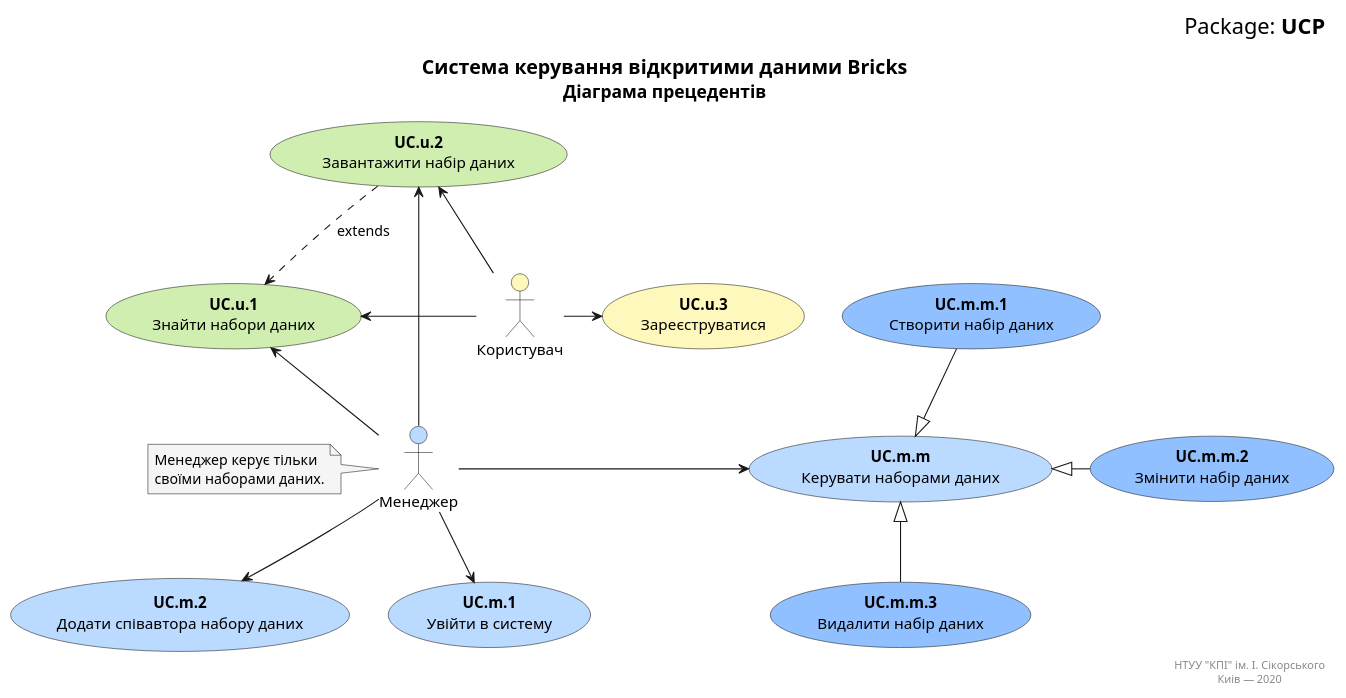
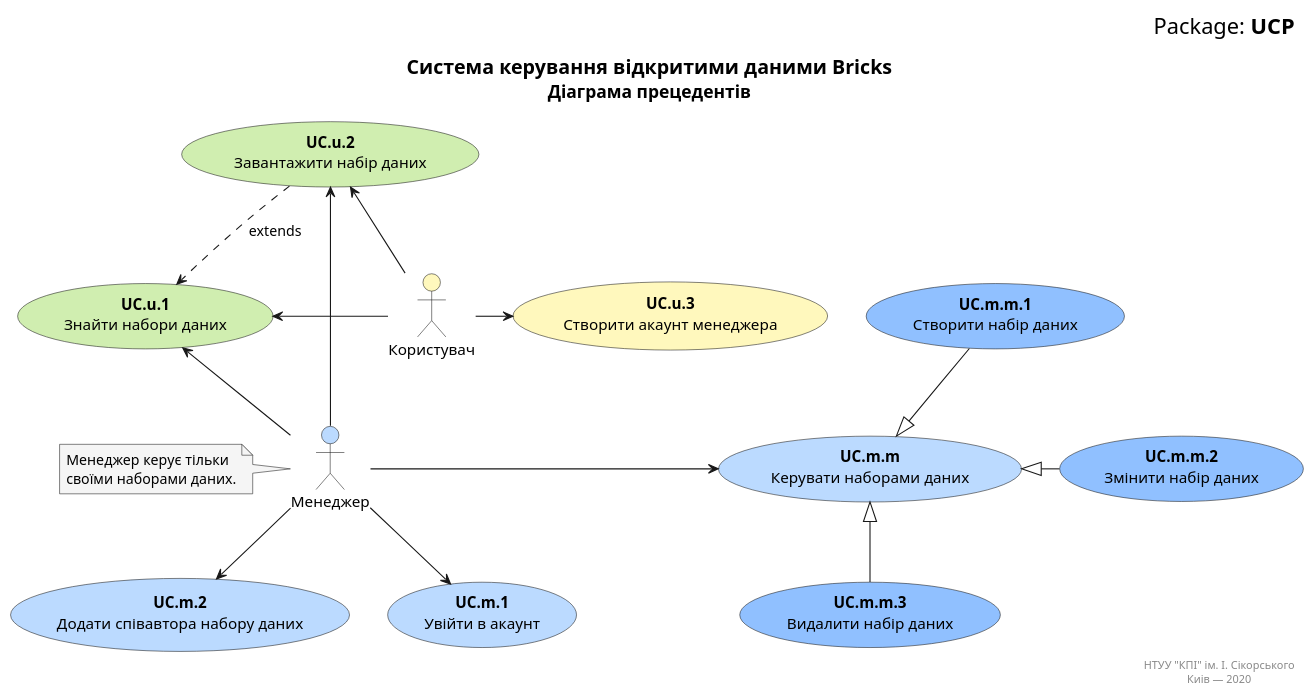
The diagram in docs/use cases/UCP.puml (hate-crew-member-41/Bricks), drawn with PlantUML before and after one commit.

```diff
--- a/docs/use cases/UCP.puml
+++ b/docs/use cases/UCP.puml
@@ -1,50 +1,50 @@
 @startuml
     right header
         <font size=20 color=black>Package: <b>UCP</b></font>
     end header
 
     title
         <font size=18>Система керування відкритими даними <b>Bricks</b></font>
         <font size=16>Діаграма прецедентів</font>
     end title
 
     actor "Користувач" as User #fff8bd
     actor "Менеджер" as Manager #bbdaff
     
     usecase "<b>UC.u.1</b>\nЗнайти набори даних" as UC.u.1 #d0eeb0
     usecase "<b>UC.u.2</b>\nЗавантажити набір даних" as UC.u.2 #d0eeb0
-    usecase "<b>UC.u.3</b>\nЗареєструватися" as UC.u.3 #fff8bd
+    usecase "<b>UC.u.3</b>\nСтворити акаунт менеджера" as UC.u.3 #fff8bd
 
-    usecase "<b>UC.m.1</b>\nУвійти в систему" as UC.m.1 #bbdaff
+    usecase "<b>UC.m.1</b>\nУвійти в акаунт" as UC.m.1 #bbdaff
     usecase "<b>UC.m.2</b>\nДодати співавтора набору даних" as UC.m.2 #bbdaff
     usecase "<b>UC.m.m</b>\nКерувати наборами даних" as UC.m.m #bbdaff
     usecase "<b>UC.m.m.1</b>\nСтворити набір даних" as UC.m.m.1 #90c0ff
     usecase "<b>UC.m.m.2</b>\nЗмінити набір даних" as UC.m.m.2 #90c0ff
     usecase "<b>UC.m.m.3</b>\nВидалити набір даних" as UC.m.m.3 #90c0ff
 
     UC.u.2 ..> UC.u.1 : extends
     UC.m.m.1 -d-|> UC.m.m
     UC.m.m.2 -l-|> UC.m.m
     UC.m.m.3 -u-|> UC.m.m
 
     note left of Manager #f5f5f5
         Менеджер керує тільки
         своїми наборами даних.
     end note
 
     User -l-> UC.u.1
     User -u-> UC.u.2
     User -r-> UC.u.3
 
     Manager -u-> UC.u.1
     Manager -u-> UC.u.2
     Manager --> UC.m.1
     Manager --> UC.m.2
     Manager -r-> UC.m.m
     
     right footer
         НТУУ "КПІ" ім. І. Сікорського
         Киів — 2020
     end footer
 
 @enduml
```
